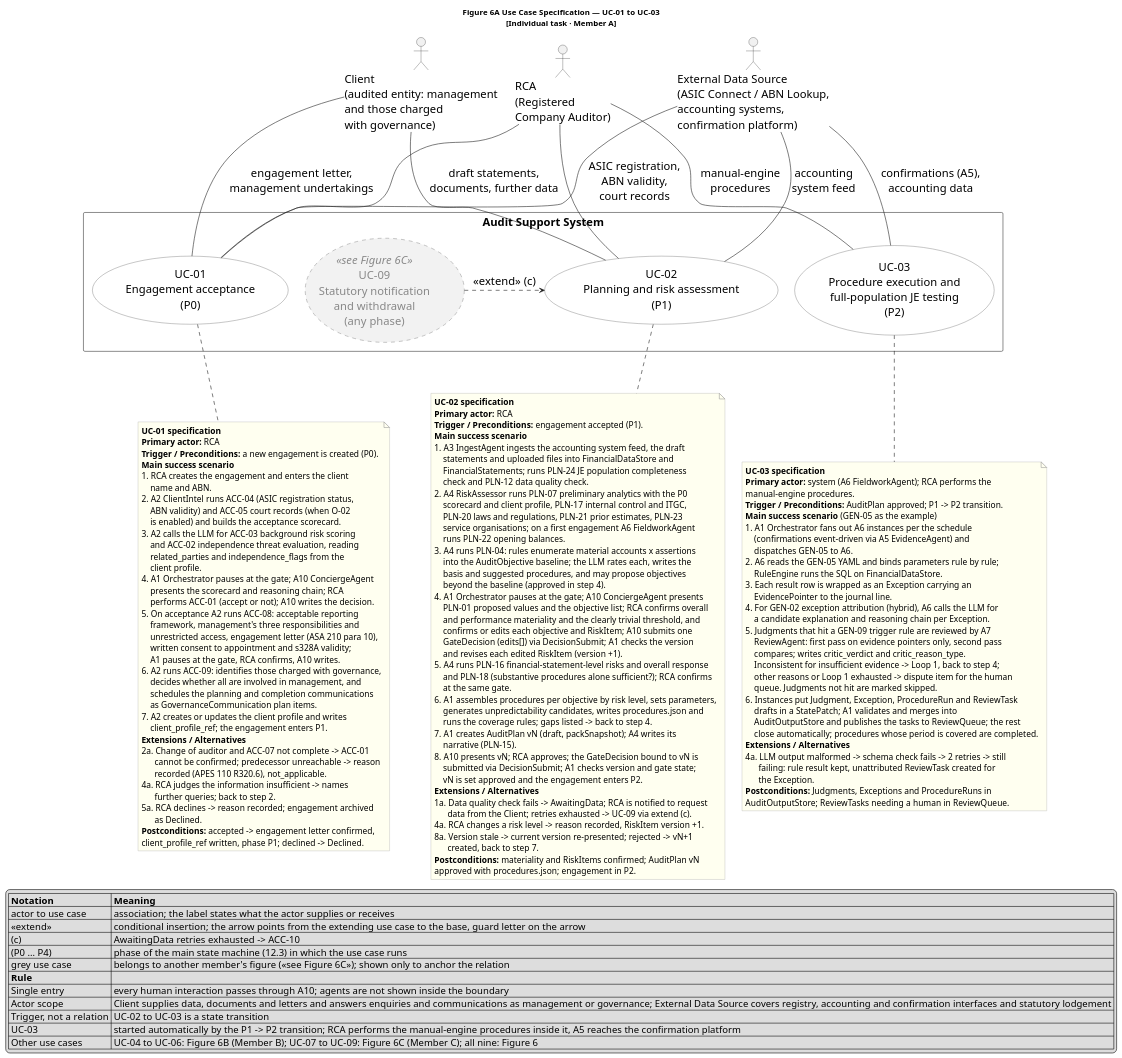
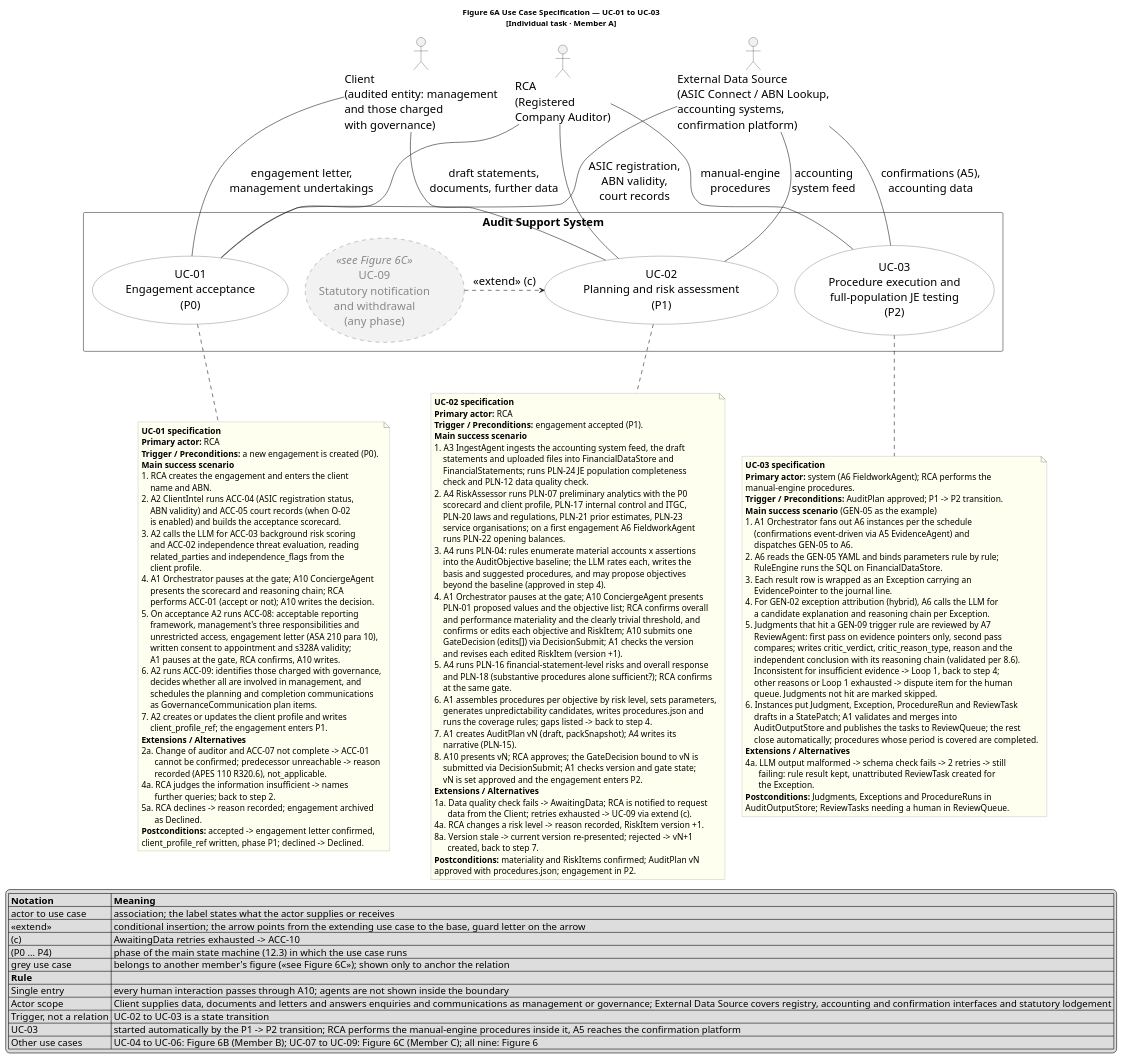
The diagram in diagrams/usecase_spec_member_a.puml (SilverHim/audit-agent), drawn with PlantUML before and after one commit. The commit also changed 31 other files, not shown here.

```diff
--- a/diagrams/usecase_spec_member_a.puml
+++ b/diagrams/usecase_spec_member_a.puml
@@ -155,7 +155,8 @@
     a candidate explanation and reasoning chain per Exception.
 5. Judgments that hit a GEN-09 trigger rule are reviewed by A7
     ReviewAgent: first pass on evidence pointers only, second pass
-    compares; writes critic_verdict and critic_reason_type.
+    compares; writes critic_verdict, critic_reason_type, reason and the
+    independent conclusion with its reasoning chain (validated per 8.6).
     Inconsistent for insufficient evidence -> Loop 1, back to step 4;
     other reasons or Loop 1 exhausted -> dispute item for the human
     queue. Judgments not hit are marked skipped.
```
